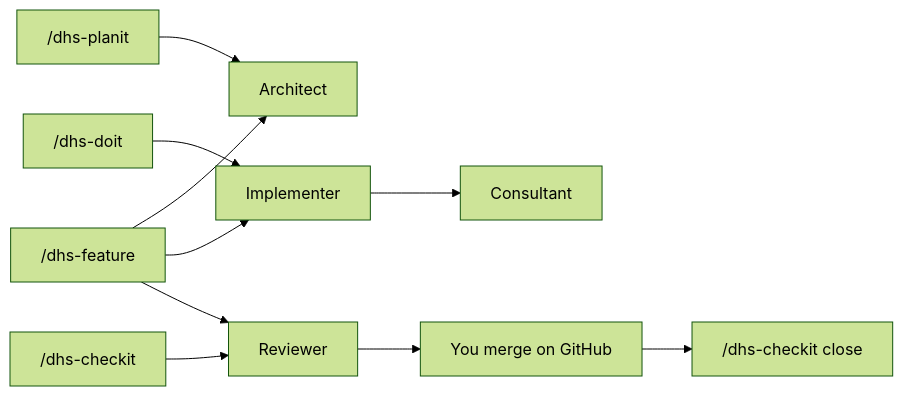
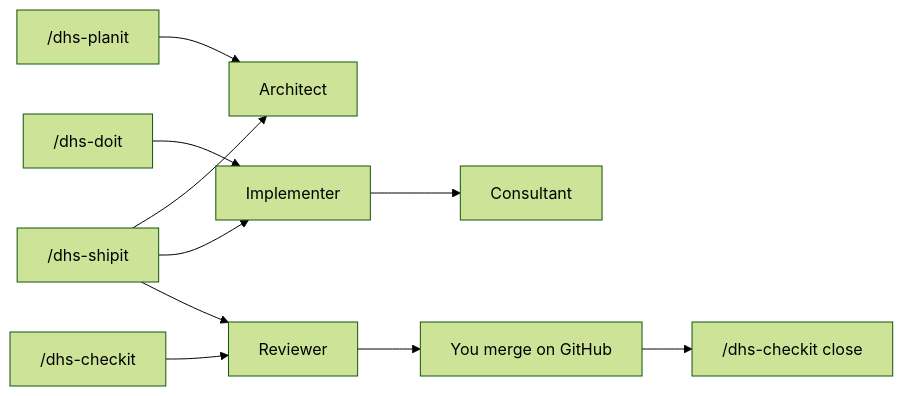
One commit to meehow-halas/se-harness changed the first of 3 diagrams in README.md. Above: the diagram before and after it, drawn with Mermaid (forest theme). The commit also changed other lines of this file and 19 other files, not shown here.

Commit message:
Fixing dirty branch after shipit flow

````diff
--- a/README.md
+++ b/README.md
@@ -114,12 +114,12 @@
 ```mermaid
 flowchart LR
   planit["/dhs-planit"] --> architect[Architect]
   doit["/dhs-doit"] --> implementer[Implementer]
   implementer --> consultant[Consultant]
   checkit["/dhs-checkit"] --> reviewer[Reviewer]
-  feature["/dhs-feature"] --> architect
-  feature --> implementer
-  feature --> reviewer
+  shipit["/dhs-shipit"] --> architect
+  shipit --> implementer
+  shipit --> reviewer
   reviewer --> humanMerge[You merge on GitHub]
   humanMerge --> close["/dhs-checkit close"]
 ```
````
